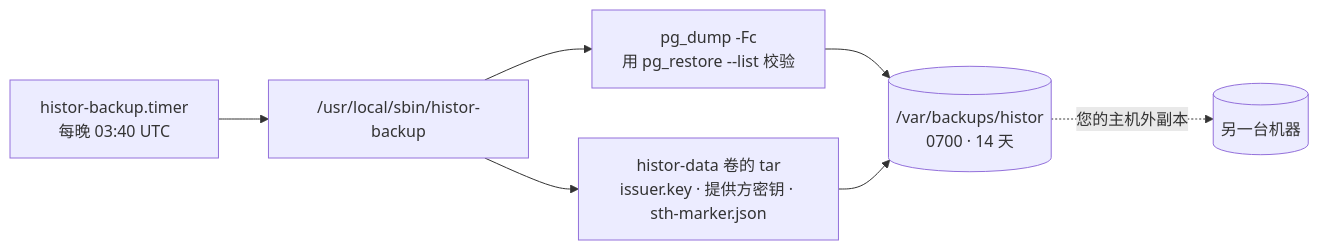
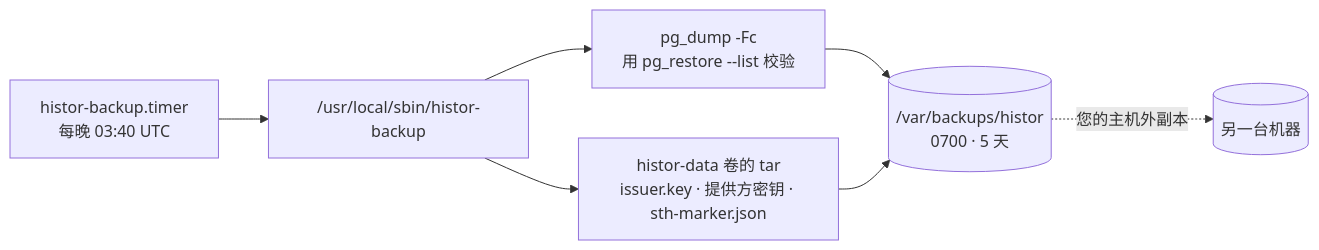
One commit to alexar76/histor changed the third of 3 diagrams in docs/operations.zh.md. Above: the diagram before and after it, drawn with Mermaid. The commit also changed 9 other files, not shown here.

````diff
--- a/docs/operations.zh.md
+++ b/docs/operations.zh.md
@@ -102,9 +102,9 @@
 ```mermaid
 flowchart LR
     T["histor-backup.timer<br/>每晚 03:40 UTC"] --> S["/usr/local/sbin/histor-backup"]
     S --> D["pg_dump -Fc<br/>用 pg_restore --list 校验"]
     S --> K["histor-data 卷的 tar<br/>issuer.key · 提供方密钥 · sth-marker.json"]
-    D --> B[("/var/backups/histor<br/>0700 · 14 天")]
+    D --> B[("/var/backups/histor<br/>0700 · 5 天")]
     K --> B
     B -. "您的主机外副本" .-> O[("另一台机器")]
 ```
````
